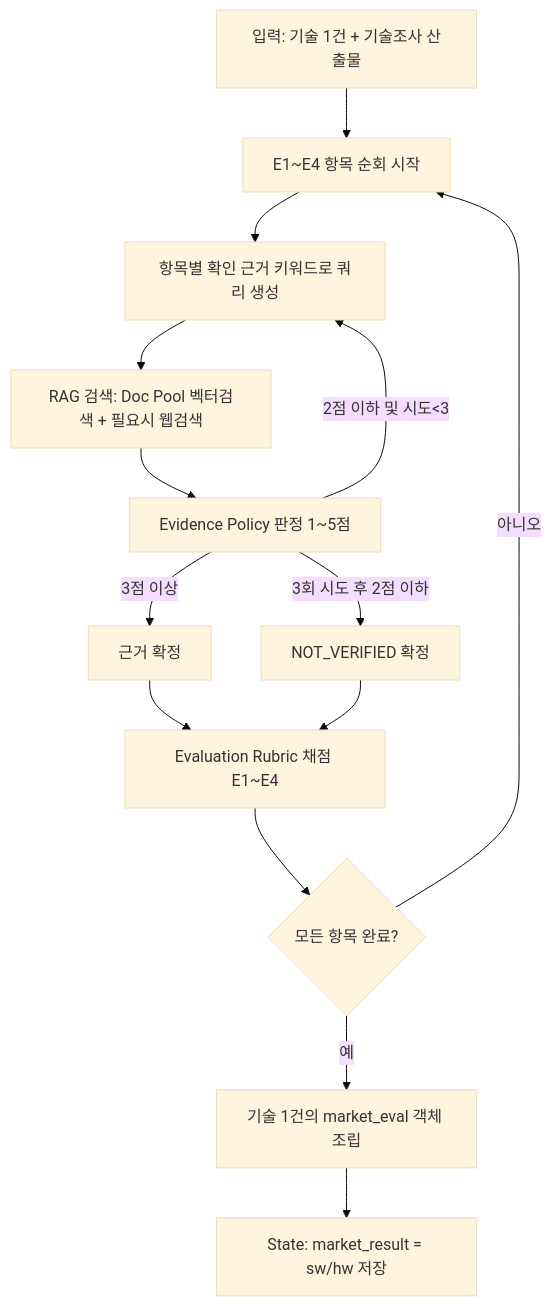
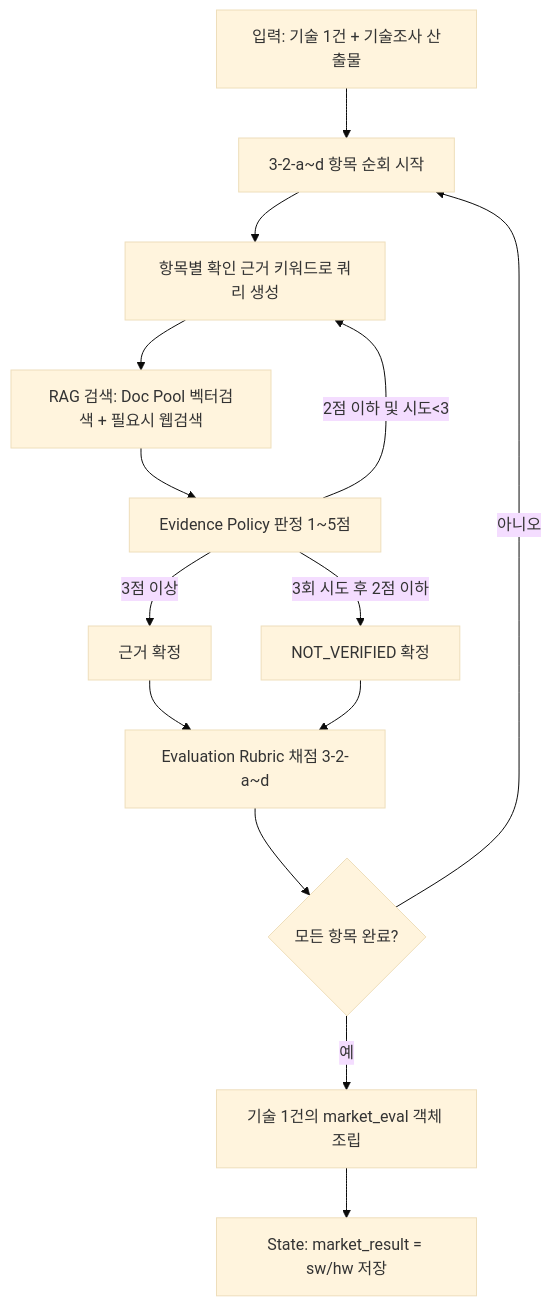
The diagram in kv-cache-market-eval-design.md (Team-1253/KV-cache-LangGraph), drawn with Mermaid (base theme) before and after one commit. The commit also changed other lines of this file and 1 other file, not shown here.

````diff
--- a/kv-cache-market-eval-design.md
+++ b/kv-cache-market-eval-design.md
@@ -145,16 +147,16 @@
 ```mermaid
 graph TD
-    A[입력: 기술 1건 + 기술조사 산출물] --> B[E1~E4 항목 순회 시작]
+    A[입력: 기술 1건 + 기술조사 산출물] --> B[3-2-a~d 항목 순회 시작]
     B --> C[항목별 확인 근거 키워드로 쿼리 생성]
     C --> D[RAG 검색: Doc Pool 벡터검색 + 필요시 웹검색]
     D --> E[Evidence Policy 판정 1~5점]
     E -->|3점 이상| F[근거 확정]
     E -->|2점 이하 및 시도<3| C
     E -->|3회 시도 후 2점 이하| G[NOT_VERIFIED 확정]
-    F --> H[Evaluation Rubric 채점 E1~E4]
+    F --> H[Evaluation Rubric 채점 3-2-a~d]
     G --> H
     H --> I{모든 항목 완료?}
     I -->|아니오| B
     I -->|예| J[기술 1건의 market_eval 객체 조립]
     J --> K[State: market_result = sw/hw 저장]
 ```
````
